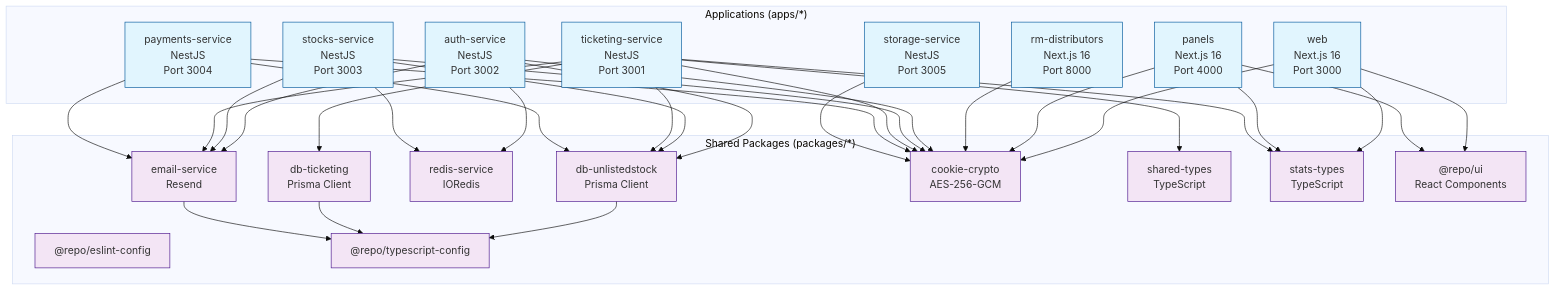
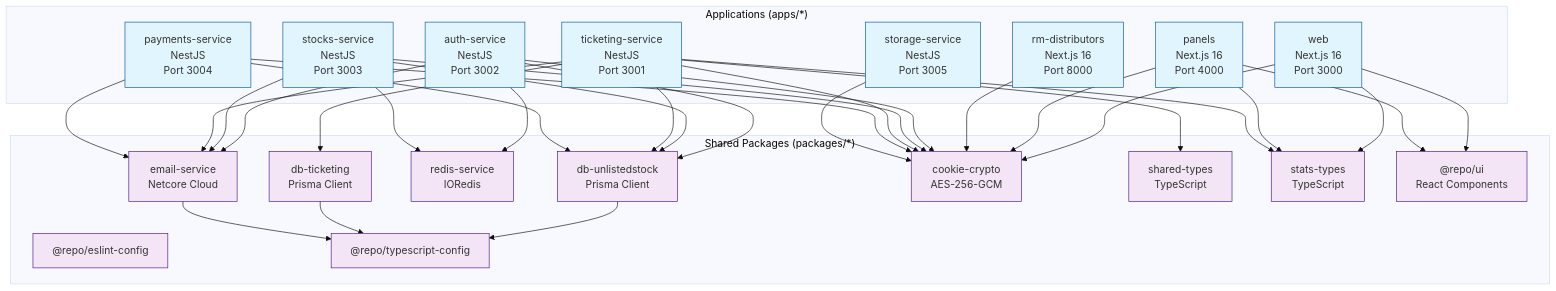
The first of 6 diagrams in docs/CODE_REVIEW_GRAPH.md (Enxt-AI/alankit), drawn with Mermaid (base theme) before and after one commit. The commit also changed other lines of this file and 67 other files, not shown here.

````diff
--- a/docs/CODE_REVIEW_GRAPH.md
+++ b/docs/CODE_REVIEW_GRAPH.md
@@ -149,72 +149,72 @@
 ```mermaid
 graph TD
     subgraph "Applications (apps/*)"
         WEB[web<br/>Next.js 16<br/>Port 3000]
         PANELS[panels<br/>Next.js 16<br/>Port 4000]
         RM_DIST[rm-distributors<br/>Next.js 16<br/>Port 8000]
         AUTH[auth-service<br/>NestJS<br/>Port 3002]
         STOCKS[stocks-service<br/>NestJS<br/>Port 3003]
         TICKETS[ticketing-service<br/>NestJS<br/>Port 3001]
         PAYMENTS[payments-service<br/>NestJS<br/>Port 3004]
         STORAGE[storage-service<br/>NestJS<br/>Port 3005]
     end
 
     subgraph "Shared Packages (packages/*)"
         DB_MAIN[db-unlistedstock<br/>Prisma Client]
         DB_TICKET[db-ticketing<br/>Prisma Client]
         REDIS[redis-service<br/>IORedis]
-        EMAIL[email-service<br/>Resend]
+        EMAIL[email-service<br/>Netcore Cloud]
         COOKIE[cookie-crypto<br/>AES-256-GCM]
         SHARED[shared-types<br/>TypeScript]
         STATS[stats-types<br/>TypeScript]
         UI["@repo/ui<br/>React Components"]
         ESLINT["@repo/eslint-config"]
         TS_CONFIG["@repo/typescript-config"]
     end
 
     %% Frontend dependencies
     WEB --> UI
     WEB --> COOKIE
     WEB --> STATS
     PANELS --> UI
     PANELS --> COOKIE
     PANELS --> STATS
     RM_DIST --> COOKIE
 
     %% Backend dependencies
     AUTH --> DB_MAIN
     AUTH --> REDIS
     AUTH --> EMAIL
     AUTH --> COOKIE
 
     STOCKS --> DB_MAIN
     STOCKS --> REDIS
     STOCKS --> EMAIL
     STOCKS --> COOKIE
 
     TICKETS --> DB_MAIN
     TICKETS --> DB_TICKET
     TICKETS --> EMAIL
     TICKETS --> COOKIE
     TICKETS --> STATS
     TICKETS --> SHARED
 
     PAYMENTS --> DB_MAIN
     PAYMENTS --> EMAIL
     PAYMENTS --> COOKIE
 
     STORAGE --> COOKIE
 
     %% Package dependencies
     DB_MAIN --> TS_CONFIG
     DB_TICKET --> TS_CONFIG
     EMAIL --> TS_CONFIG
 
     %% Style
     classDef app fill:#e1f5fe,stroke:#01579b
     classDef pkg fill:#f3e5f5,stroke:#4a148c
     classDef db fill:#fff3e0,stroke:#e65100
     
     class WEB,PANELS,RM_DIST,AUTH,STOCKS,TICKETS,PAYMENTS,STORAGE app
     class DB_MAIN,DB_TICKET,REDIS,EMAIL,COOKIE,SHARED,STATS,UI,ESLINT,TS_CONFIG pkg
 ```
````
